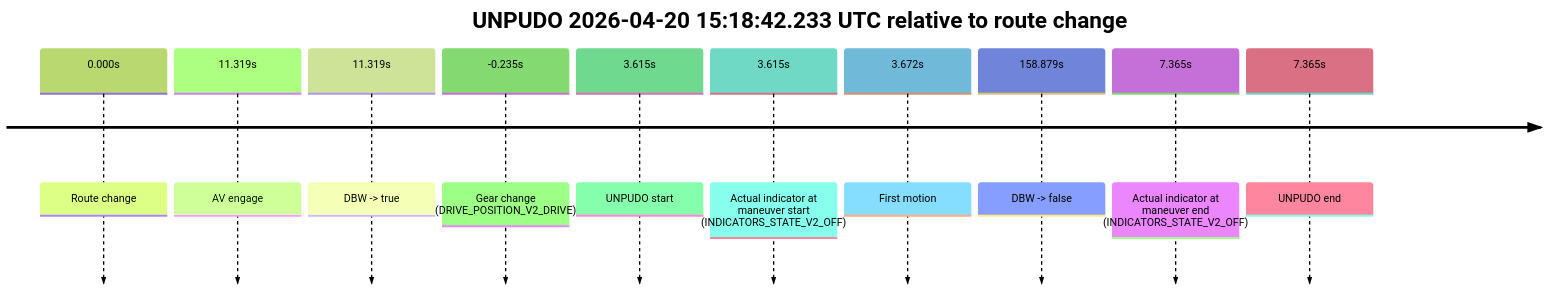
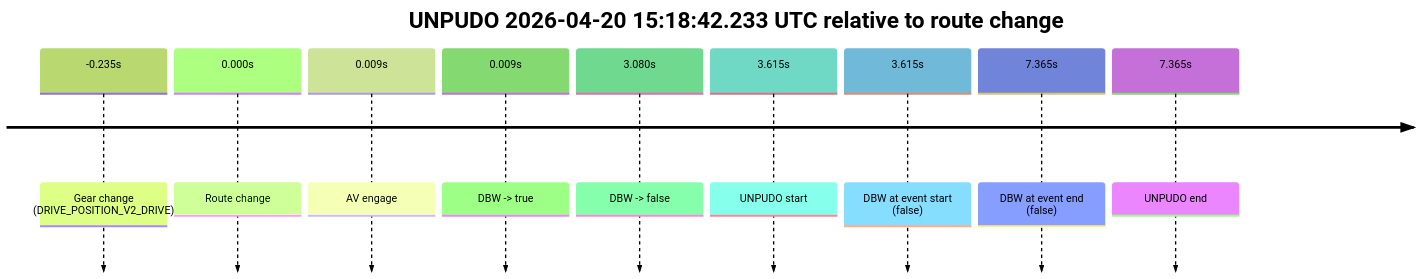
Before and after one commit to yoelshapiro/vault: the fourth of 10 diagrams in model_analysis/report_cards/2026/04/Week-4/fme10005--2026-04-20--13-43-30--gen2-av-1cf69e8e-fc53-4334-aca9-89918a4f3427.md, drawn with Mermaid (forest theme). The commit also changed other lines of this file and 85 other files, not shown here.

````diff
--- a/model_analysis/report_cards/2026/04/Week-4/fme10005--2026-04-20--13-43-30--gen2-av-1cf69e8e-fc53-4334-aca9-89918a4f3427.md
+++ b/model_analysis/report_cards/2026/04/Week-4/fme10005--2026-04-20--13-43-30--gen2-av-1cf69e8e-fc53-4334-aca9-89918a4f3427.md
@@ -301,14 +315,13 @@
 ```mermaid
 timeline
     title UNPUDO 2026-04-20 15:18:42.233 UTC relative to route change
+    -0.235s : Gear change (DRIVE_POSITION_V2_DRIVE)
     0.000s : Route change
-    11.319s : AV engage
-    11.319s : DBW -> true
-    -0.235s : Gear change (DRIVE_POSITION_V2_DRIVE)
+    0.009s : AV engage
+    0.009s : DBW -> true
+    3.080s : DBW -> false
     3.615s : UNPUDO start
-    3.615s : Actual indicator at maneuver start (INDICATORS_STATE_V2_OFF)
-    3.672s : First motion
-    158.879s : DBW -> false
-    7.365s : Actual indicator at maneuver end (INDICATORS_STATE_V2_OFF)
+    3.615s : DBW at event start (false)
+    7.365s : DBW at event end (false)
     7.365s : UNPUDO end
 ```
````
